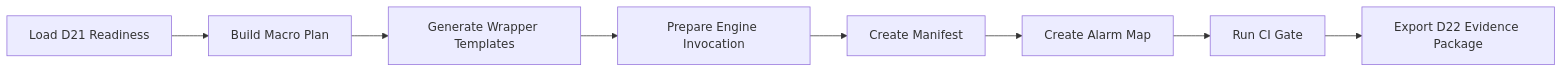
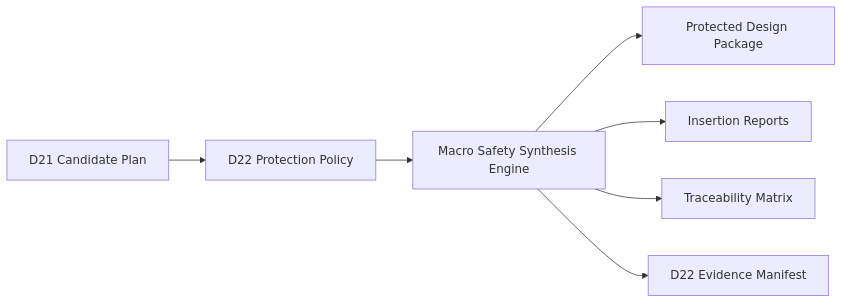
The ninth of 9 diagrams in articles/GitHub_D22_macro_level_safety_synthesis.md (qiqixixi1001/automotive-safeic-practice), drawn with Mermaid before and after one commit. The commit also changed other lines of this file, not shown here.

````diff
--- a/articles/GitHub_D22_macro_level_safety_synthesis.md
+++ b/articles/GitHub_D22_macro_level_safety_synthesis.md
@@ -566,10 +745,9 @@
 ```mermaid
 flowchart LR
-    A[Load D21 Readiness] --> B[Build Macro Plan]
-    B --> C[Generate Wrapper Templates]
-    C --> D[Prepare Engine Invocation]
-    D --> E[Create Manifest]
-    E --> F[Create Alarm Map]
-    F --> G[Run CI Gate]
-    G --> H[Export D22 Evidence Package]
+    A[D21 Candidate Plan] --> B[D22 Protection Policy]
+    B --> C[Macro Safety Synthesis Engine]
+    C --> D[Protected Design Package]
+    C --> E[Insertion Reports]
+    C --> F[Traceability Matrix]
+    C --> G[D22 Evidence Manifest]
 ```
````
